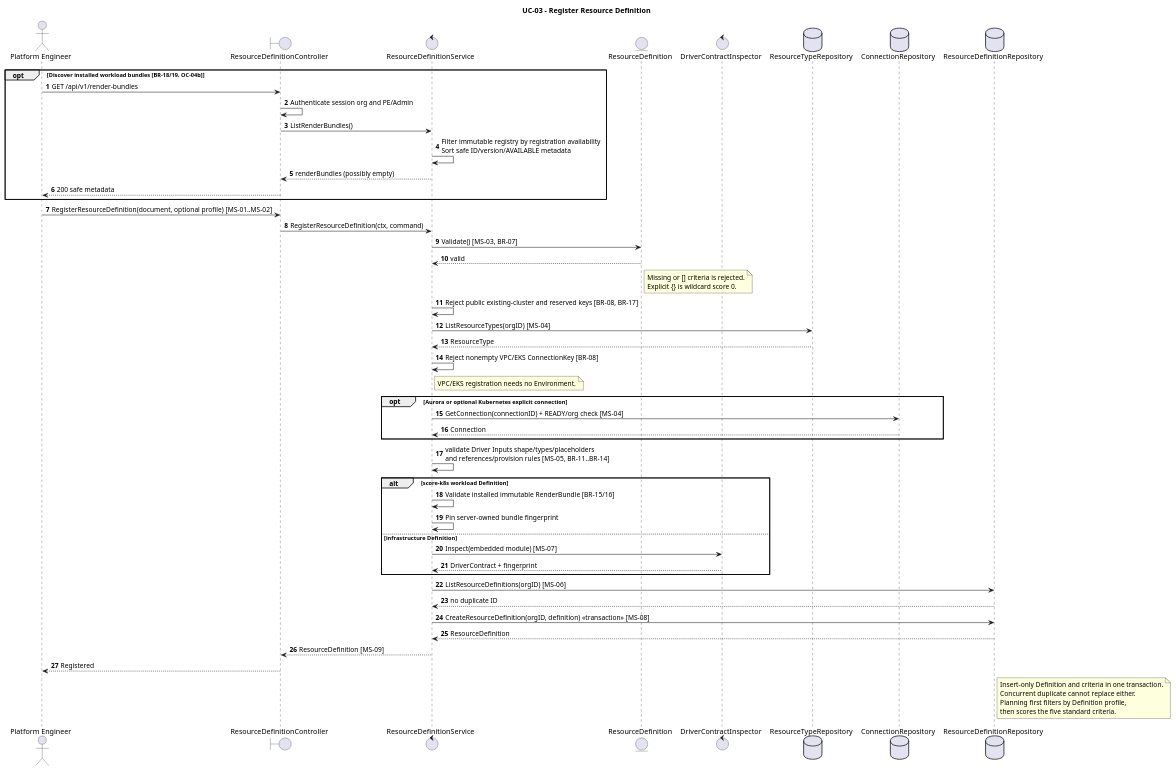
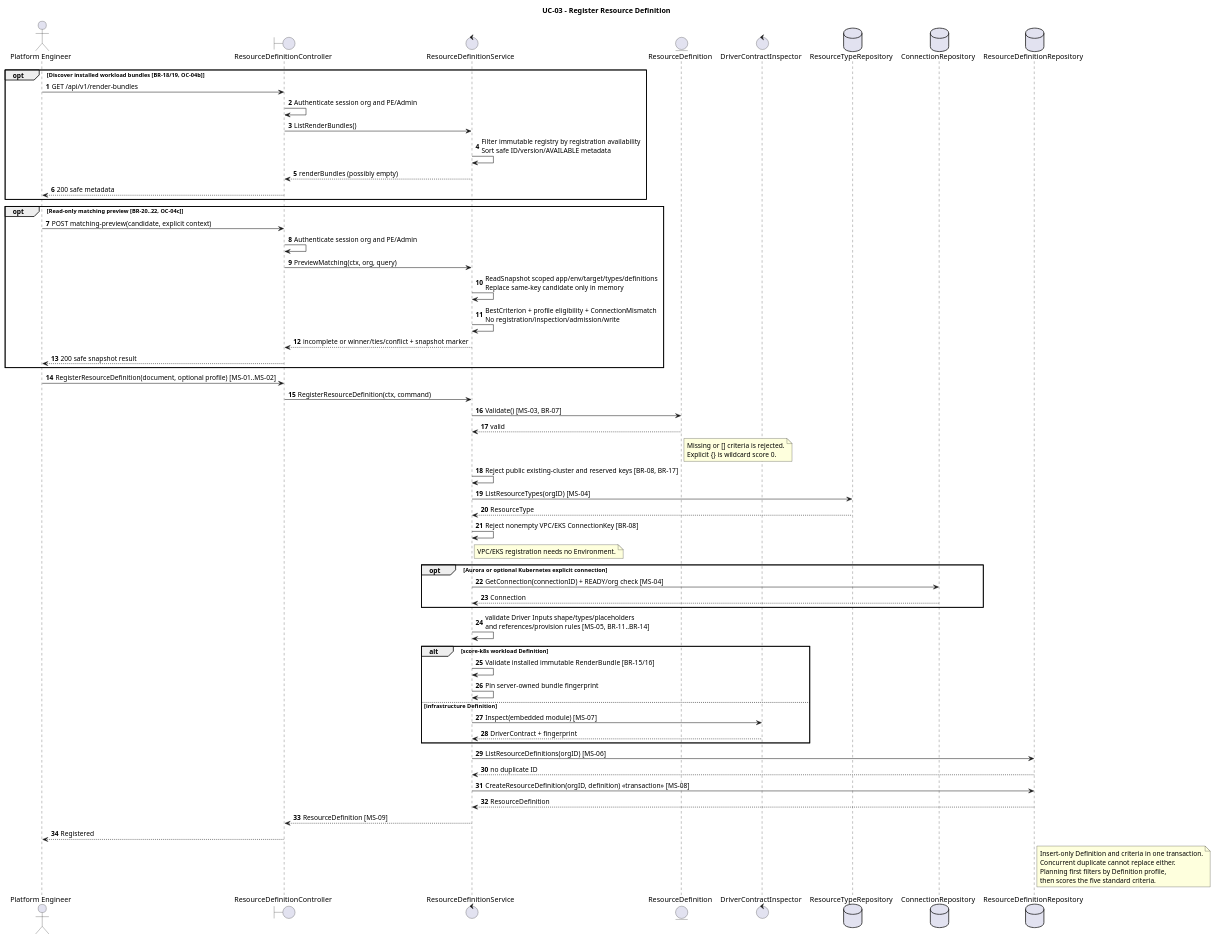
Before and after one commit to pr3s3nt/poc: the diagram in orchestrator_docs/usecase/UC-03/sequence.puml, drawn with PlantUML. The commit also changed 32 other files, not shown here.

Commit message:
T19: add read-only exact matching preview for unsaved definitions

```diff
--- a/orchestrator_docs/usecase/UC-03/sequence.puml
+++ b/orchestrator_docs/usecase/UC-03/sequence.puml
@@ -1,60 +1,70 @@
 @startuml
 title UC-03 - Register Resource Definition
 autonumber
 actor "Platform Engineer" as PE
 boundary ResourceDefinitionController as API
 control ResourceDefinitionService as Service
 entity ResourceDefinition as Validator
 control DriverContractInspector as Inspector
 database ResourceTypeRepository as TypeRepo
 database ConnectionRepository as ConnectionRepo
 database ResourceDefinitionRepository as DefinitionRepo
 
 opt Discover installed workload bundles [BR-18/19, OC-04b]
 PE -> API: GET /api/v1/render-bundles
 API -> API: Authenticate session org and PE/Admin
 API -> Service: ListRenderBundles()
 Service -> Service: Filter immutable registry by registration availability\nSort safe ID/version/AVAILABLE metadata
 Service --> API: renderBundles (possibly empty)
 API --> PE: 200 safe metadata
+end
+
+opt Read-only matching preview [BR-20..22, OC-04c]
+PE -> API: POST matching-preview(candidate, explicit context)
+API -> API: Authenticate session org and PE/Admin
+API -> Service: PreviewMatching(ctx, org, query)
+Service -> Service: ReadSnapshot scoped app/env/target/types/definitions\nReplace same-key candidate only in memory
+Service -> Service: BestCriterion + profile eligibility + ConnectionMismatch\nNo registration/inspection/admission/write
+Service --> API: incomplete or winner/ties/conflict + snapshot marker
+API --> PE: 200 safe snapshot result
 end
 
 PE -> API: RegisterResourceDefinition(document, optional profile) [MS-01..MS-02]
 API -> Service: RegisterResourceDefinition(ctx, command)
 Service -> Validator: Validate() [MS-03, BR-07]
 Validator --> Service: valid
 note right of Validator
 Missing or [] criteria is rejected.
 Explicit {} is wildcard score 0.
 end note
 Service -> Service: Reject public existing-cluster and reserved keys [BR-08, BR-17]
 Service -> TypeRepo: ListResourceTypes(orgID) [MS-04]
 TypeRepo --> Service: ResourceType
 Service -> Service: Reject nonempty VPC/EKS ConnectionKey [BR-08]
 note right of Service: VPC/EKS registration needs no Environment.
 opt Aurora or optional Kubernetes explicit connection
 Service -> ConnectionRepo: GetConnection(connectionID) + READY/org check [MS-04]
 ConnectionRepo --> Service: Connection
 end
 Service -> Service: validate Driver Inputs shape/types/placeholders\nand references/provision rules [MS-05, BR-11..BR-14]
 alt score-k8s workload Definition
   Service -> Service: Validate installed immutable RenderBundle [BR-15/16]
   Service -> Service: Pin server-owned bundle fingerprint
 else infrastructure Definition
   Service -> Inspector: Inspect(embedded module) [MS-07]
   Inspector --> Service: DriverContract + fingerprint
 end
 Service -> DefinitionRepo: ListResourceDefinitions(orgID) [MS-06]
 DefinitionRepo --> Service: no duplicate ID
 Service -> DefinitionRepo: CreateResourceDefinition(orgID, definition) <<transaction>> [MS-08]
 DefinitionRepo --> Service: ResourceDefinition
 Service --> API: ResourceDefinition [MS-09]
 API --> PE: Registered
 note right of DefinitionRepo
 Insert-only Definition and criteria in one transaction.
 Concurrent duplicate cannot replace either.
 Planning first filters by Definition profile,
 then scores the five standard criteria.
 end note
 
 @enduml
```
